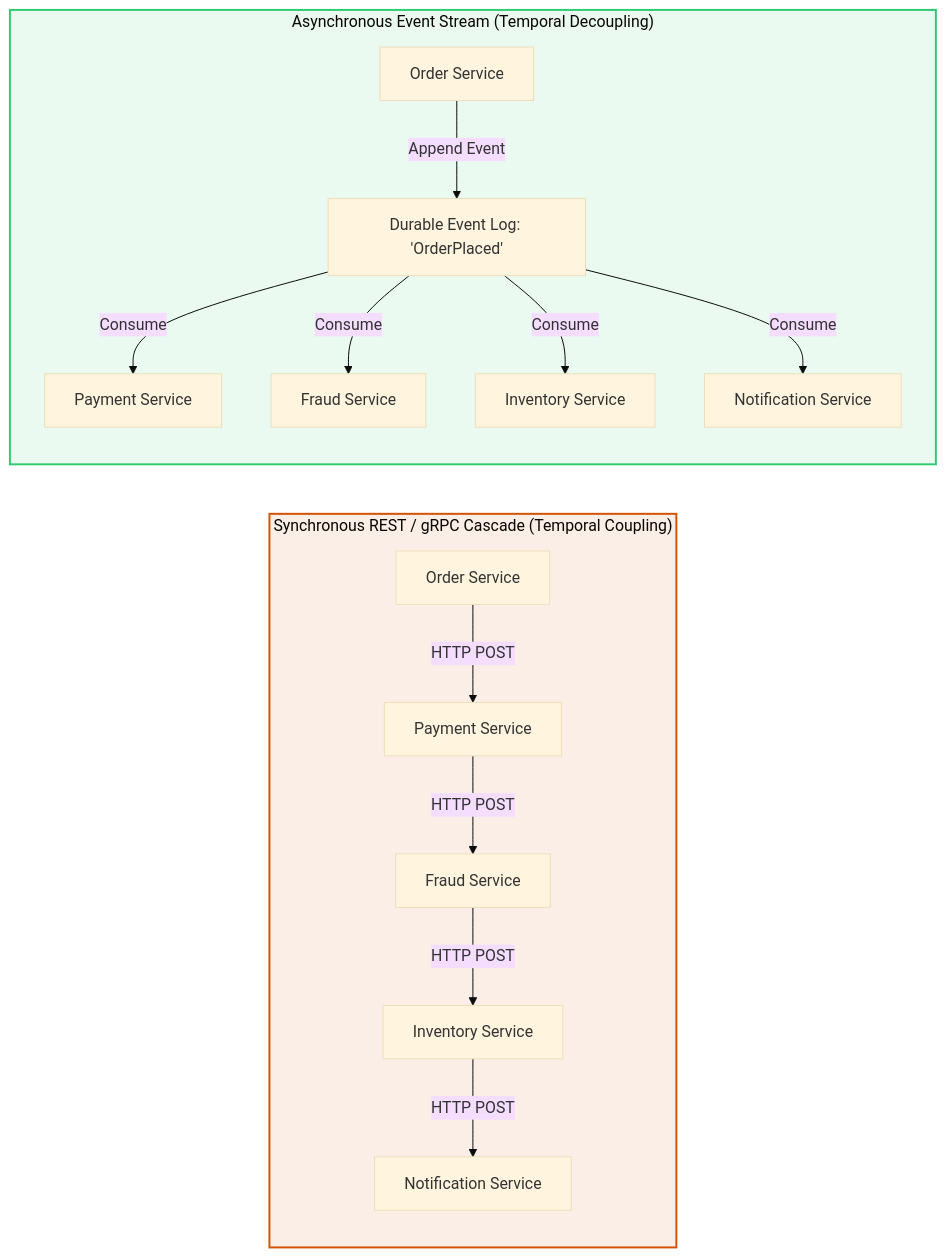
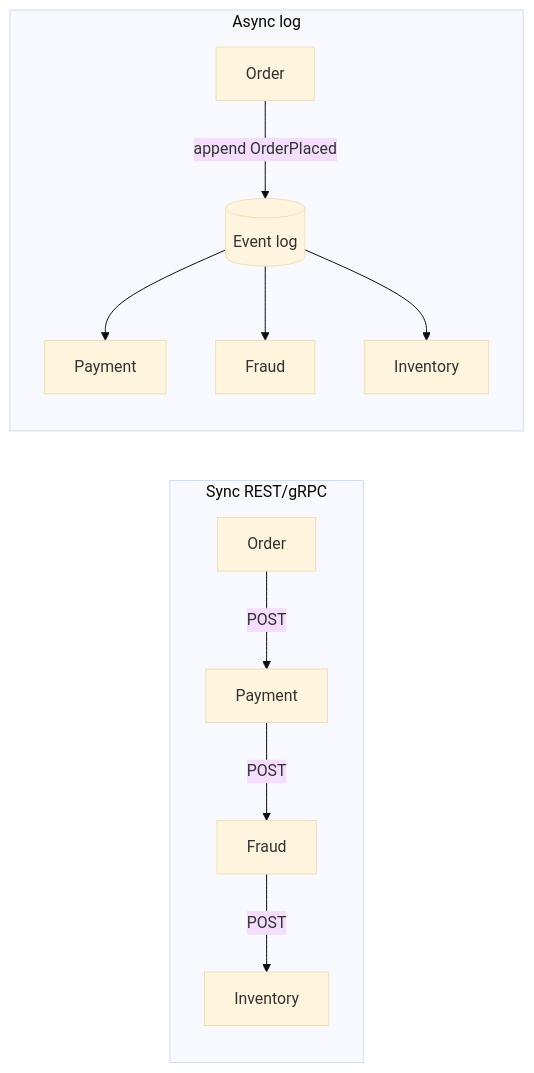
Before and after one commit to 1mimhe/books-summery: the fourth of 5 diagrams in 01 Designing Data-Intensive Applications/chapter-13-a-philosophy-of-streaming-systems.md, drawn with Mermaid (base theme). The commit also changed other lines of this file and 3 other files, not shown here.

````diff
--- a/01 Designing Data-Intensive Applications/chapter-13-a-philosophy-of-streaming-systems.md
+++ b/01 Designing Data-Intensive Applications/chapter-13-a-philosophy-of-streaming-systems.md
@@ -448,20 +282,14 @@
 ```mermaid
 flowchart LR
-    subgraph SynchRPC ["Synchronous REST / gRPC Cascade (Temporal Coupling)"]
-        OrderSvc["Order Service"] -->|HTTP POST| PaySvc["Payment Service"]
-        PaySvc -->|HTTP POST| FraudSvc["Fraud Service"]
-        FraudSvc -->|HTTP POST| InventorySvc["Inventory Service"]
-        InventorySvc -->|HTTP POST| NotifSvc["Notification Service"]
-    end
-
-    subgraph EventStream ["Asynchronous Event Stream (Temporal Decoupling)"]
-        E_OrderSvc["Order Service"] -->|Append Event| E_Log["Durable Event Log: 'OrderPlaced'"]
-        E_Log -->|Consume| E_Pay["Payment Service"]
-        E_Log -->|Consume| E_Fraud["Fraud Service"]
-        E_Log -->|Consume| E_Inv["Inventory Service"]
-        E_Log -->|Consume| E_Notif["Notification Service"]
-    end
-
-    style SynchRPC fill:#fbeee6,stroke:#d35400,stroke-width:2px
-    style EventStream fill:#eafaf1,stroke:#2ecc71,stroke-width:2px
+  subgraph SYNC["Sync REST/gRPC"]
+    O["Order"] -->|"POST"| P["Payment"]
+    P -->|"POST"| F["Fraud"]
+    F -->|"POST"| I["Inventory"]
+  end
+  subgraph ASYNC["Async log"]
+    EO["Order"] -->|"append OrderPlaced"| LOG[("Event log")]
+    LOG --> EP["Payment"]
+    LOG --> EF["Fraud"]
+    LOG --> EI["Inventory"]
+  end
 ```
````
